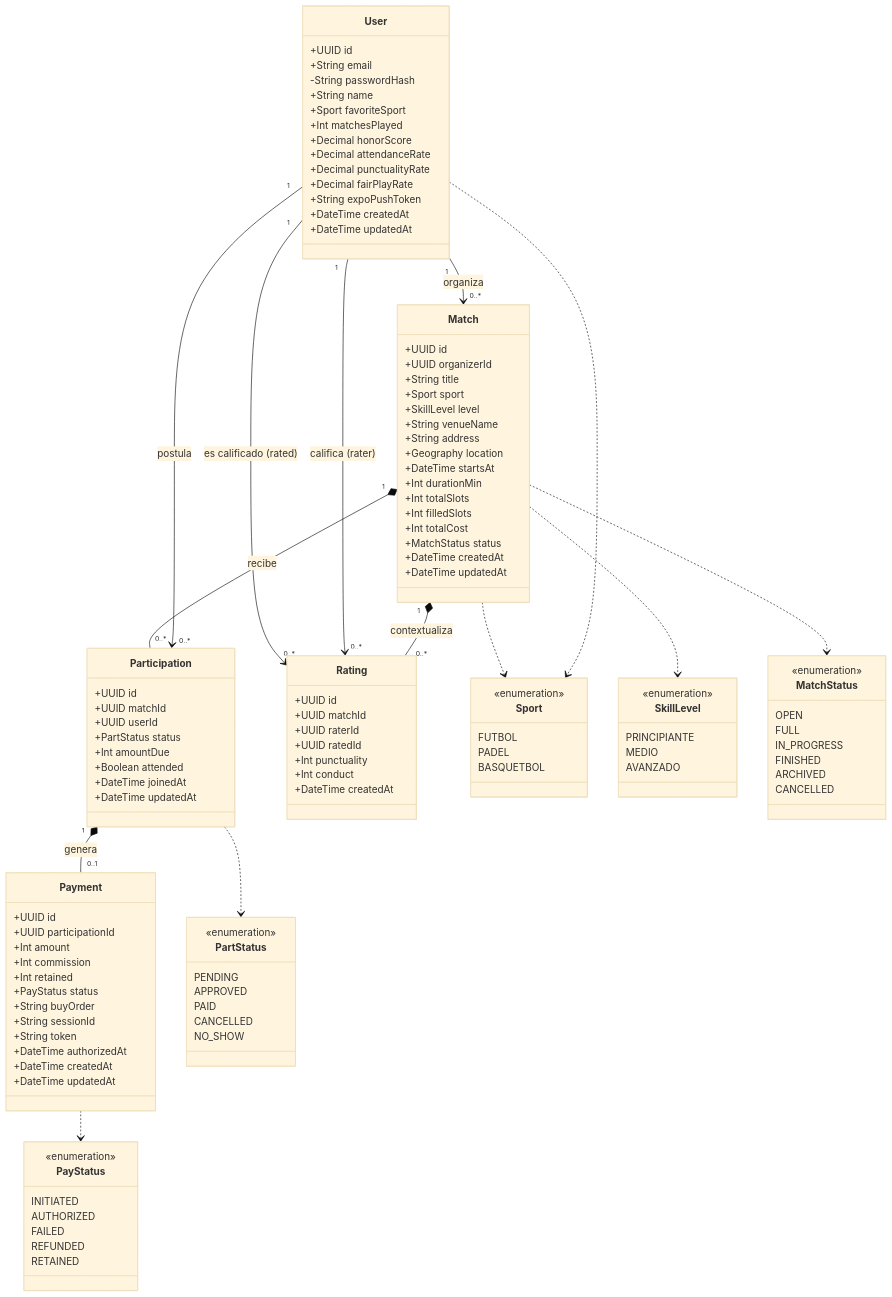
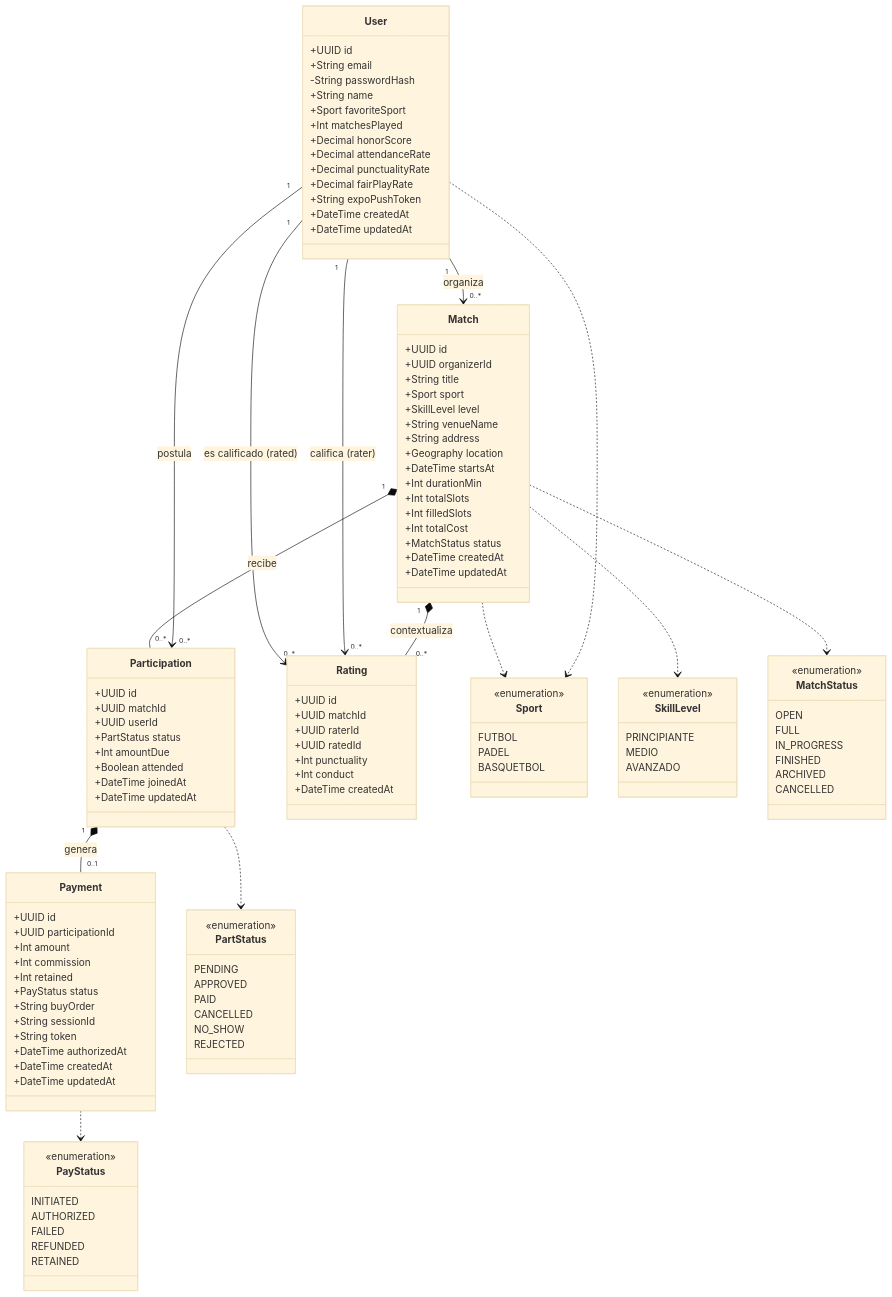
Before and after one commit to avenaaaa/KANCHA: the diagram in fase-2-desarrollo/docs/diagramas/clases-dominio.mmd, drawn with Mermaid (base theme). The commit also changed 21 other files, not shown here.

```diff
--- a/fase-2-desarrollo/docs/diagramas/clases-dominio.mmd
+++ b/fase-2-desarrollo/docs/diagramas/clases-dominio.mmd
@@ -1,130 +1,131 @@
 classDiagram
     direction TB
 
     class User {
         +UUID id
         +String email
         -String passwordHash
         +String name
         +Sport favoriteSport
         +Int matchesPlayed
         +Decimal honorScore
         +Decimal attendanceRate
         +Decimal punctualityRate
         +Decimal fairPlayRate
         +String expoPushToken
         +DateTime createdAt
         +DateTime updatedAt
     }
 
     class Match {
         +UUID id
         +UUID organizerId
         +String title
         +Sport sport
         +SkillLevel level
         +String venueName
         +String address
         +Geography location
         +DateTime startsAt
         +Int durationMin
         +Int totalSlots
         +Int filledSlots
         +Int totalCost
         +MatchStatus status
         +DateTime createdAt
         +DateTime updatedAt
     }
 
     class Participation {
         +UUID id
         +UUID matchId
         +UUID userId
         +PartStatus status
         +Int amountDue
         +Boolean attended
         +DateTime joinedAt
         +DateTime updatedAt
     }
 
     class Rating {
         +UUID id
         +UUID matchId
         +UUID raterId
         +UUID ratedId
         +Int punctuality
         +Int conduct
         +DateTime createdAt
     }
 
     class Payment {
         +UUID id
         +UUID participationId
         +Int amount
         +Int commission
         +Int retained
         +PayStatus status
         +String buyOrder
         +String sessionId
         +String token
         +DateTime authorizedAt
         +DateTime createdAt
         +DateTime updatedAt
     }
 
     class Sport {
         <<enumeration>>
         FUTBOL
         PADEL
         BASQUETBOL
     }
 
     class SkillLevel {
         <<enumeration>>
         PRINCIPIANTE
         MEDIO
         AVANZADO
     }
 
     class MatchStatus {
         <<enumeration>>
         OPEN
         FULL
         IN_PROGRESS
         FINISHED
         ARCHIVED
         CANCELLED
     }
 
     class PartStatus {
         <<enumeration>>
         PENDING
         APPROVED
         PAID
         CANCELLED
         NO_SHOW
+        REJECTED
     }
 
     class PayStatus {
         <<enumeration>>
         INITIATED
         AUTHORIZED
         FAILED
         REFUNDED
         RETAINED
     }
 
     User "1" --> "0..*" Match : organiza
     User "1" --> "0..*" Participation : postula
     Match "1" *-- "0..*" Participation : recibe
     Participation "1" *-- "0..1" Payment : genera
     Match "1" *-- "0..*" Rating : contextualiza
     User "1" --> "0..*" Rating : califica (rater)
     User "1" --> "0..*" Rating : es calificado (rated)
 
     User ..> Sport
     Match ..> Sport
     Match ..> SkillLevel
     Match ..> MatchStatus
     Participation ..> PartStatus
     Payment ..> PayStatus
```
